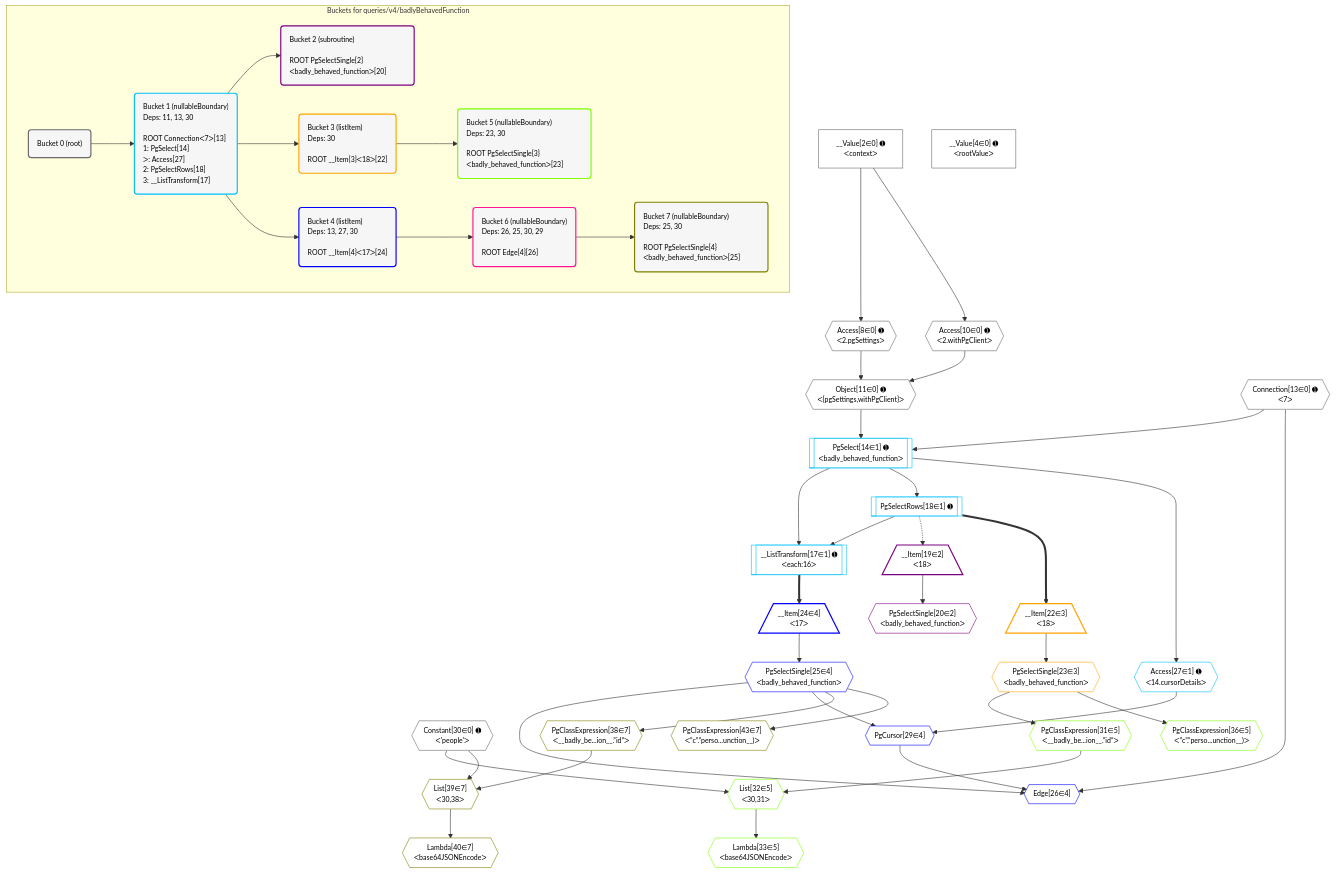
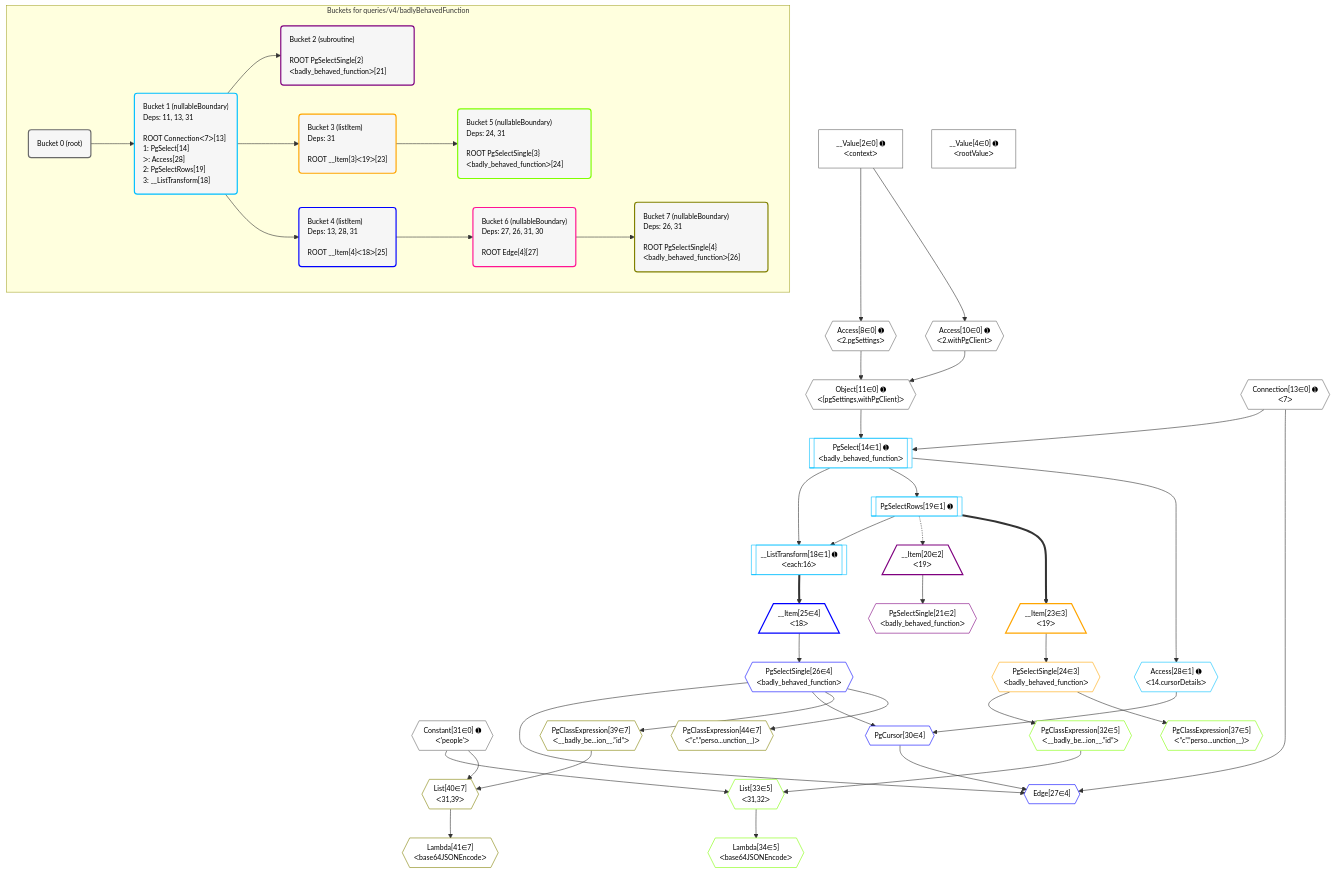
Before and after one commit to graphile/crystal: the diagram in postgraphile/postgraphile/__tests__/queries/v4/badlyBehavedFunction.mermaid, drawn with Mermaid. The commit also changed 140 other files, not shown here.

```diff
--- a/postgraphile/postgraphile/__tests__/queries/v4/badlyBehavedFunction.mermaid
+++ b/postgraphile/postgraphile/__tests__/queries/v4/badlyBehavedFunction.mermaid
@@ -1,94 +1,94 @@
 %%{init: {'themeVariables': { 'fontSize': '12px'}}}%%
 graph TD
     classDef path fill:#eee,stroke:#000,color:#000
     classDef plan fill:#fff,stroke-width:1px,color:#000
     classDef itemplan fill:#fff,stroke-width:2px,color:#000
     classDef unbatchedplan fill:#dff,stroke-width:1px,color:#000
     classDef sideeffectplan fill:#fcc,stroke-width:2px,color:#000
     classDef bucket fill:#f6f6f6,color:#000,stroke-width:2px,text-align:left
 
     subgraph "Buckets for queries/v4/badlyBehavedFunction"
     Bucket0("Bucket 0 (root)"):::bucket
-    Bucket1("Bucket 1 (nullableBoundary)<br />Deps: 11, 13, 30<br /><br />ROOT Connectionᐸ7ᐳ[13]<br />1: PgSelect[14]<br />ᐳ: Access[27]<br />2: PgSelectRows[18]<br />3: __ListTransform[17]"):::bucket
-    Bucket2("Bucket 2 (subroutine)<br /><br />ROOT PgSelectSingle{2}ᐸbadly_behaved_functionᐳ[20]"):::bucket
-    Bucket3("Bucket 3 (listItem)<br />Deps: 30<br /><br />ROOT __Item{3}ᐸ18ᐳ[22]"):::bucket
-    Bucket4("Bucket 4 (listItem)<br />Deps: 13, 27, 30<br /><br />ROOT __Item{4}ᐸ17ᐳ[24]"):::bucket
-    Bucket5("Bucket 5 (nullableBoundary)<br />Deps: 23, 30<br /><br />ROOT PgSelectSingle{3}ᐸbadly_behaved_functionᐳ[23]"):::bucket
-    Bucket6("Bucket 6 (nullableBoundary)<br />Deps: 26, 25, 30, 29<br /><br />ROOT Edge{4}[26]"):::bucket
-    Bucket7("Bucket 7 (nullableBoundary)<br />Deps: 25, 30<br /><br />ROOT PgSelectSingle{4}ᐸbadly_behaved_functionᐳ[25]"):::bucket
+    Bucket1("Bucket 1 (nullableBoundary)<br />Deps: 11, 13, 31<br /><br />ROOT Connectionᐸ7ᐳ[13]<br />1: PgSelect[14]<br />ᐳ: Access[28]<br />2: PgSelectRows[19]<br />3: __ListTransform[18]"):::bucket
+    Bucket2("Bucket 2 (subroutine)<br /><br />ROOT PgSelectSingle{2}ᐸbadly_behaved_functionᐳ[21]"):::bucket
+    Bucket3("Bucket 3 (listItem)<br />Deps: 31<br /><br />ROOT __Item{3}ᐸ19ᐳ[23]"):::bucket
+    Bucket4("Bucket 4 (listItem)<br />Deps: 13, 28, 31<br /><br />ROOT __Item{4}ᐸ18ᐳ[25]"):::bucket
+    Bucket5("Bucket 5 (nullableBoundary)<br />Deps: 24, 31<br /><br />ROOT PgSelectSingle{3}ᐸbadly_behaved_functionᐳ[24]"):::bucket
+    Bucket6("Bucket 6 (nullableBoundary)<br />Deps: 27, 26, 31, 30<br /><br />ROOT Edge{4}[27]"):::bucket
+    Bucket7("Bucket 7 (nullableBoundary)<br />Deps: 26, 31<br /><br />ROOT PgSelectSingle{4}ᐸbadly_behaved_functionᐳ[26]"):::bucket
     end
     Bucket0 --> Bucket1
     Bucket1 --> Bucket2 & Bucket3 & Bucket4
     Bucket3 --> Bucket5
     Bucket4 --> Bucket6
     Bucket6 --> Bucket7
 
     %% plan dependencies
     Object11{{"Object[11∈0] ➊<br />ᐸ{pgSettings,withPgClient}ᐳ"}}:::plan
     Access8{{"Access[8∈0] ➊<br />ᐸ2.pgSettingsᐳ"}}:::plan
     Access10{{"Access[10∈0] ➊<br />ᐸ2.withPgClientᐳ"}}:::plan
     Access8 & Access10 --> Object11
     __Value2["__Value[2∈0] ➊<br />ᐸcontextᐳ"]:::plan
     __Value2 --> Access8
     __Value2 --> Access10
     __Value4["__Value[4∈0] ➊<br />ᐸrootValueᐳ"]:::plan
     Connection13{{"Connection[13∈0] ➊<br />ᐸ7ᐳ"}}:::plan
-    Constant30{{"Constant[30∈0] ➊<br />ᐸ'people'ᐳ"}}:::plan
+    Constant31{{"Constant[31∈0] ➊<br />ᐸ'people'ᐳ"}}:::plan
     PgSelect14[["PgSelect[14∈1] ➊<br />ᐸbadly_behaved_functionᐳ"]]:::plan
     Object11 & Connection13 --> PgSelect14
-    __ListTransform17[["__ListTransform[17∈1] ➊<br />ᐸeach:16ᐳ"]]:::plan
-    PgSelectRows18[["PgSelectRows[18∈1] ➊"]]:::plan
-    PgSelectRows18 & PgSelect14 --> __ListTransform17
-    PgSelect14 --> PgSelectRows18
-    Access27{{"Access[27∈1] ➊<br />ᐸ14.cursorDetailsᐳ"}}:::plan
-    PgSelect14 --> Access27
-    __Item19[/"__Item[19∈2]<br />ᐸ18ᐳ"\]:::itemplan
-    PgSelectRows18 -.-> __Item19
-    PgSelectSingle20{{"PgSelectSingle[20∈2]<br />ᐸbadly_behaved_functionᐳ"}}:::plan
-    __Item19 --> PgSelectSingle20
-    __Item22[/"__Item[22∈3]<br />ᐸ18ᐳ"\]:::itemplan
-    PgSelectRows18 ==> __Item22
-    PgSelectSingle23{{"PgSelectSingle[23∈3]<br />ᐸbadly_behaved_functionᐳ"}}:::plan
-    __Item22 --> PgSelectSingle23
-    List32{{"List[32∈5]<br />ᐸ30,31ᐳ"}}:::plan
-    PgClassExpression31{{"PgClassExpression[31∈5]<br />ᐸ__badly_be...ion__.”id”ᐳ"}}:::plan
-    Constant30 & PgClassExpression31 --> List32
-    PgSelectSingle23 --> PgClassExpression31
-    Lambda33{{"Lambda[33∈5]<br />ᐸbase64JSONEncodeᐳ"}}:::plan
-    List32 --> Lambda33
-    PgClassExpression36{{"PgClassExpression[36∈5]<br />ᐸ”c”.”perso...unction__)ᐳ"}}:::plan
-    PgSelectSingle23 --> PgClassExpression36
-    Edge26{{"Edge[26∈4]"}}:::plan
-    PgSelectSingle25{{"PgSelectSingle[25∈4]<br />ᐸbadly_behaved_functionᐳ"}}:::plan
-    PgCursor29{{"PgCursor[29∈4]"}}:::plan
-    PgSelectSingle25 & PgCursor29 & Connection13 --> Edge26
-    PgSelectSingle25 & Access27 --> PgCursor29
-    __Item24[/"__Item[24∈4]<br />ᐸ17ᐳ"\]:::itemplan
-    __ListTransform17 ==> __Item24
-    __Item24 --> PgSelectSingle25
-    List39{{"List[39∈7]<br />ᐸ30,38ᐳ"}}:::plan
-    PgClassExpression38{{"PgClassExpression[38∈7]<br />ᐸ__badly_be...ion__.”id”ᐳ"}}:::plan
-    Constant30 & PgClassExpression38 --> List39
-    PgSelectSingle25 --> PgClassExpression38
-    Lambda40{{"Lambda[40∈7]<br />ᐸbase64JSONEncodeᐳ"}}:::plan
-    List39 --> Lambda40
-    PgClassExpression43{{"PgClassExpression[43∈7]<br />ᐸ”c”.”perso...unction__)ᐳ"}}:::plan
-    PgSelectSingle25 --> PgClassExpression43
+    __ListTransform18[["__ListTransform[18∈1] ➊<br />ᐸeach:16ᐳ"]]:::plan
+    PgSelectRows19[["PgSelectRows[19∈1] ➊"]]:::plan
+    PgSelectRows19 & PgSelect14 --> __ListTransform18
+    PgSelect14 --> PgSelectRows19
+    Access28{{"Access[28∈1] ➊<br />ᐸ14.cursorDetailsᐳ"}}:::plan
+    PgSelect14 --> Access28
+    __Item20[/"__Item[20∈2]<br />ᐸ19ᐳ"\]:::itemplan
+    PgSelectRows19 -.-> __Item20
+    PgSelectSingle21{{"PgSelectSingle[21∈2]<br />ᐸbadly_behaved_functionᐳ"}}:::plan
+    __Item20 --> PgSelectSingle21
+    __Item23[/"__Item[23∈3]<br />ᐸ19ᐳ"\]:::itemplan
+    PgSelectRows19 ==> __Item23
+    PgSelectSingle24{{"PgSelectSingle[24∈3]<br />ᐸbadly_behaved_functionᐳ"}}:::plan
+    __Item23 --> PgSelectSingle24
+    List33{{"List[33∈5]<br />ᐸ31,32ᐳ"}}:::plan
+    PgClassExpression32{{"PgClassExpression[32∈5]<br />ᐸ__badly_be...ion__.”id”ᐳ"}}:::plan
+    Constant31 & PgClassExpression32 --> List33
+    PgSelectSingle24 --> PgClassExpression32
+    Lambda34{{"Lambda[34∈5]<br />ᐸbase64JSONEncodeᐳ"}}:::plan
+    List33 --> Lambda34
+    PgClassExpression37{{"PgClassExpression[37∈5]<br />ᐸ”c”.”perso...unction__)ᐳ"}}:::plan
+    PgSelectSingle24 --> PgClassExpression37
+    Edge27{{"Edge[27∈4]"}}:::plan
+    PgSelectSingle26{{"PgSelectSingle[26∈4]<br />ᐸbadly_behaved_functionᐳ"}}:::plan
+    PgCursor30{{"PgCursor[30∈4]"}}:::plan
+    PgSelectSingle26 & PgCursor30 & Connection13 --> Edge27
+    PgSelectSingle26 & Access28 --> PgCursor30
+    __Item25[/"__Item[25∈4]<br />ᐸ18ᐳ"\]:::itemplan
+    __ListTransform18 ==> __Item25
+    __Item25 --> PgSelectSingle26
+    List40{{"List[40∈7]<br />ᐸ31,39ᐳ"}}:::plan
+    PgClassExpression39{{"PgClassExpression[39∈7]<br />ᐸ__badly_be...ion__.”id”ᐳ"}}:::plan
+    Constant31 & PgClassExpression39 --> List40
+    PgSelectSingle26 --> PgClassExpression39
+    Lambda41{{"Lambda[41∈7]<br />ᐸbase64JSONEncodeᐳ"}}:::plan
+    List40 --> Lambda41
+    PgClassExpression44{{"PgClassExpression[44∈7]<br />ᐸ”c”.”perso...unction__)ᐳ"}}:::plan
+    PgSelectSingle26 --> PgClassExpression44
 
     %% define steps
     classDef bucket0 stroke:#696969
-    class Bucket0,__Value2,__Value4,Access8,Access10,Object11,Connection13,Constant30 bucket0
+    class Bucket0,__Value2,__Value4,Access8,Access10,Object11,Connection13,Constant31 bucket0
     classDef bucket1 stroke:#00bfff
-    class Bucket1,PgSelect14,__ListTransform17,PgSelectRows18,Access27 bucket1
+    class Bucket1,PgSelect14,__ListTransform18,PgSelectRows19,Access28 bucket1
     classDef bucket2 stroke:#7f007f
-    class Bucket2,__Item19,PgSelectSingle20 bucket2
+    class Bucket2,__Item20,PgSelectSingle21 bucket2
     classDef bucket3 stroke:#ffa500
-    class Bucket3,__Item22,PgSelectSingle23 bucket3
+    class Bucket3,__Item23,PgSelectSingle24 bucket3
     classDef bucket4 stroke:#0000ff
-    class Bucket4,__Item24,PgSelectSingle25,Edge26,PgCursor29 bucket4
+    class Bucket4,__Item25,PgSelectSingle26,Edge27,PgCursor30 bucket4
     classDef bucket5 stroke:#7fff00
-    class Bucket5,PgClassExpression31,List32,Lambda33,PgClassExpression36 bucket5
+    class Bucket5,PgClassExpression32,List33,Lambda34,PgClassExpression37 bucket5
     classDef bucket6 stroke:#ff1493
     class Bucket6 bucket6
     classDef bucket7 stroke:#808000
-    class Bucket7,PgClassExpression38,List39,Lambda40,PgClassExpression43 bucket7
+    class Bucket7,PgClassExpression39,List40,Lambda41,PgClassExpression44 bucket7
```
